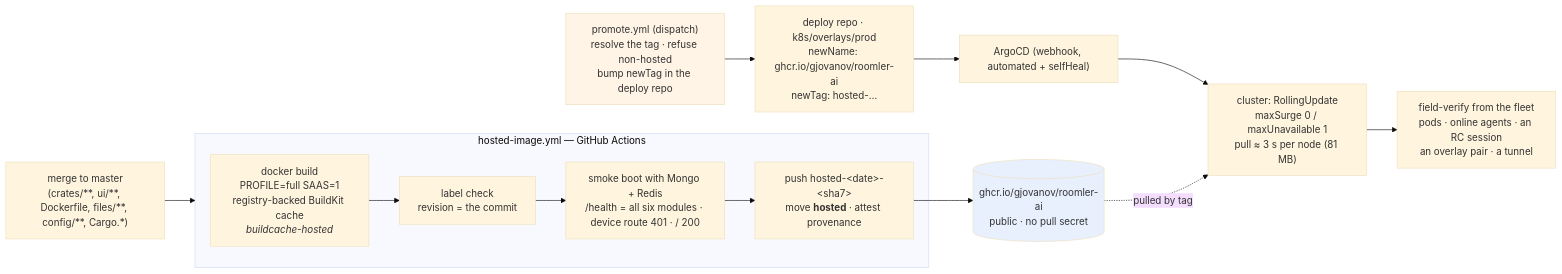
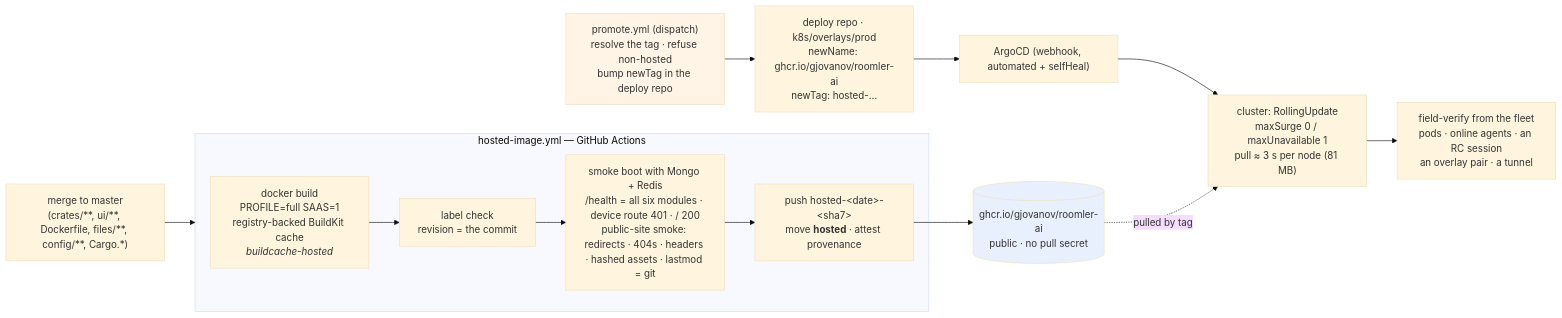
The second of 4 diagrams in docs/deployment.md (gjovanov/roomler-ai), drawn with Mermaid (base theme) before and after one commit. The commit also changed other lines of this file and 4 other files, not shown here.

First line of the commit message:
feat(fr-87): P2 - the image carries its dates; the smoke checks them against git

````diff
--- a/docs/deployment.md
+++ b/docs/deployment.md
@@ -54,23 +54,23 @@
 ```mermaid
 flowchart LR
     M["merge to master<br/>(crates/**, ui/**, Dockerfile, files/**, config/**, Cargo.*)"]
     subgraph gha["hosted-image.yml — GitHub Actions"]
         B["docker build<br/>PROFILE=full SAAS=1<br/>registry-backed BuildKit cache<br/><i>buildcache-hosted</i>"]
         L["label check<br/>revision = the commit"]
-        S["smoke boot with Mongo + Redis<br/>/health = all six modules · device route 401 · / 200"]
+        S["smoke boot with Mongo + Redis<br/>/health = all six modules · device route 401 · / 200<br/>public-site smoke: redirects · 404s · headers · hashed assets · lastmod = git"]
         P["push hosted-&lt;date&gt;-&lt;sha7&gt;<br/>move <b>hosted</b> · attest provenance"]
         B --> L --> S --> P
     end
     G[("ghcr.io/gjovanov/roomler-ai<br/>public · no pull secret")]
     PR["promote.yml (dispatch)<br/>resolve the tag · refuse non-hosted<br/>bump newTag in the deploy repo"]
     D["deploy repo · k8s/overlays/prod<br/>newName: ghcr.io/gjovanov/roomler-ai<br/>newTag: hosted-…"]
     A["ArgoCD (webhook, automated + selfHeal)"]
     K["cluster: RollingUpdate<br/>maxSurge 0 / maxUnavailable 1<br/>pull ≈ 3 s per node (81 MB)"]
     F["field-verify from the fleet<br/>pods · online agents · an RC session<br/>an overlay pair · a tunnel"]
     M --> gha
     P --> G
     PR --> D --> A --> K --> F
     G -.->|"pulled by tag"| K
     style G fill:#e8f0fe
     style PR fill:#fff4e5
 ```
````
